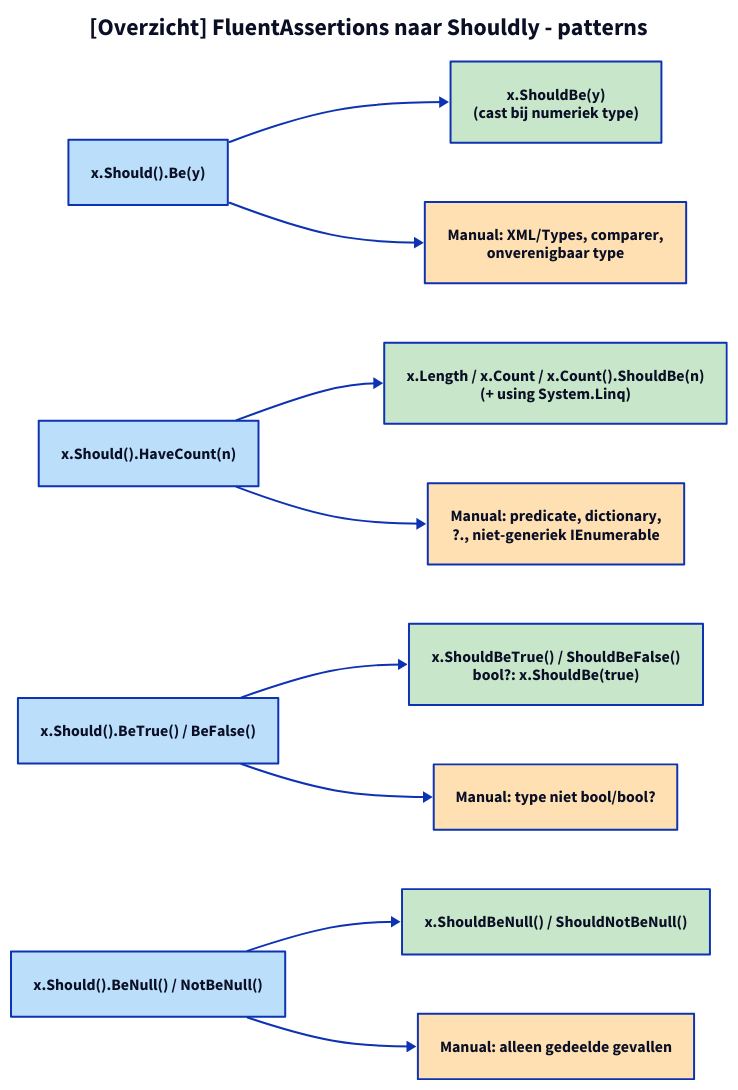
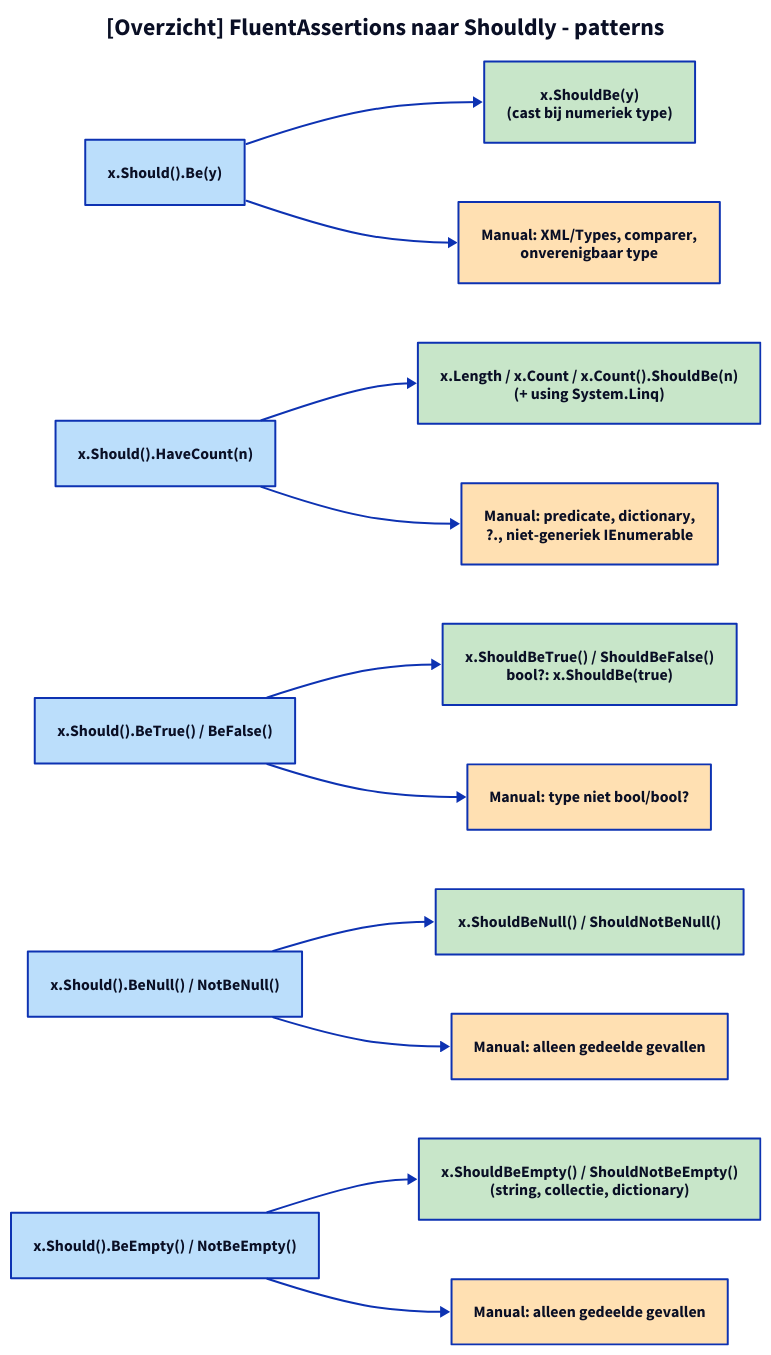
Before and after one commit to ATkingma/unshackle: the diagram in docs/projectinfo/modellen/img/patronen-1.d2, drawn with D2. The commit also changed 47 other files, not shown here.

```diff
--- a/docs/projectinfo/modellen/img/patronen-1.d2
+++ b/docs/projectinfo/modellen/img/patronen-1.d2
@@ -1,32 +1,37 @@
 title: "[Overzicht] FluentAssertions naar Shouldly - patterns" {shape: text; near: top-center; style: {font-size: 24; bold: true}}
 direction: right
 vars: {
   d2-legend: {
     f: FluentAssertions {style.fill: "#bbdefb"}
     s: Shouldly {style.fill: "#c8e6c9"}
     m: Manual {style.fill: "#ffe0b2"}
     a: "" {style.opacity: 0}
     b: "" {style.opacity: 0}
     a -> b: Wordt
   }
 }
 be: "x.Should().Be(y)" {style.fill: "#bbdefb"}
 count: "x.Should().HaveCount(n)" {style.fill: "#bbdefb"}
 truefalse: "x.Should().BeTrue() / BeFalse()" {style.fill: "#bbdefb"}
 nul: "x.Should().BeNull() / NotBeNull()" {style.fill: "#bbdefb"}
+empty: "x.Should().BeEmpty() / NotBeEmpty()" {style.fill: "#bbdefb"}
 sbe: "x.ShouldBe(y)\n(cast bij numeriek type)" {style.fill: "#c8e6c9"}
 scount: "x.Length / x.Count / x.Count().ShouldBe(n)\n(+ using System.Linq)" {style.fill: "#c8e6c9"}
 stf: "x.ShouldBeTrue() / ShouldBeFalse()\nbool?: x.ShouldBe(true)" {style.fill: "#c8e6c9"}
 snull: "x.ShouldBeNull() / ShouldNotBeNull()" {style.fill: "#c8e6c9"}
+sempty: "x.ShouldBeEmpty() / ShouldNotBeEmpty()\n(string, collectie, dictionary)" {style.fill: "#c8e6c9"}
+m5: "Manual: alleen gedeelde gevallen" {style.fill: "#ffe0b2"}
 m1: "Manual: XML/Types, comparer,\nonverenigbaar type" {style.fill: "#ffe0b2"}
 m2: "Manual: predicate, dictionary,\n?., niet-generiek IEnumerable" {style.fill: "#ffe0b2"}
 m3: "Manual: type niet bool/bool?" {style.fill: "#ffe0b2"}
 m4: "Manual: alleen gedeelde gevallen" {style.fill: "#ffe0b2"}
 be -> sbe
 count -> scount
 truefalse -> stf
 nul -> snull
 be -> m1
 count -> m2
 truefalse -> m3
 nul -> m4
+empty -> sempty
+empty -> m5
```
